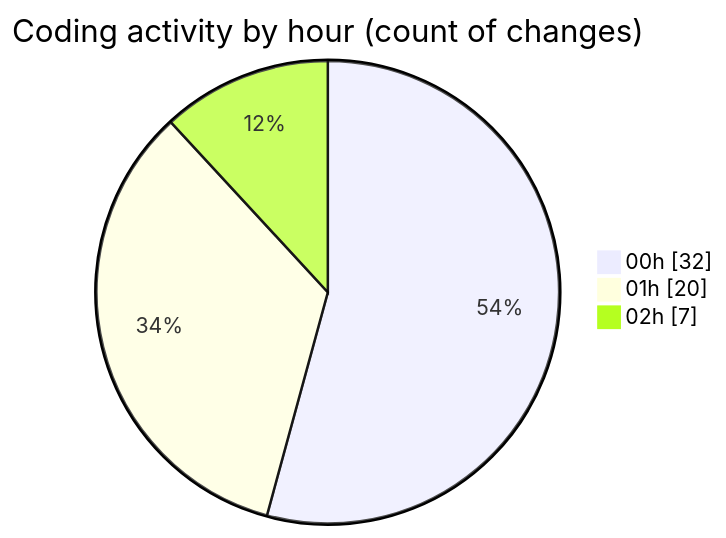
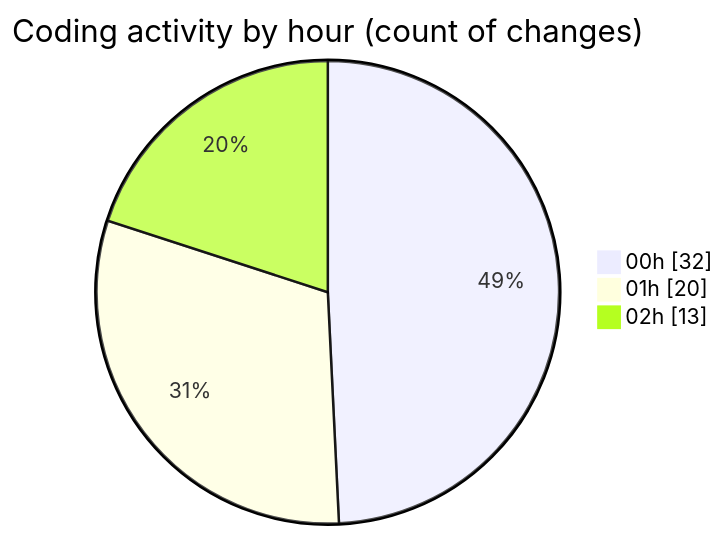
The second of 2 diagrams in 2025-07-21/reg/README.md (lephambinh05/code-tracking), drawn with Mermaid before and after one commit. The commit also changed other lines of this file and 1 other file, not shown here.

````diff
--- a/2025-07-21/reg/README.md
+++ b/2025-07-21/reg/README.md
@@ -50,7 +53,7 @@
 ```mermaid
 pie showData
 title Coding activity by hour (count of changes)
 "00h" : 32
 "01h" : 20
-"02h" : 7
+"02h" : 13
 ```
````
